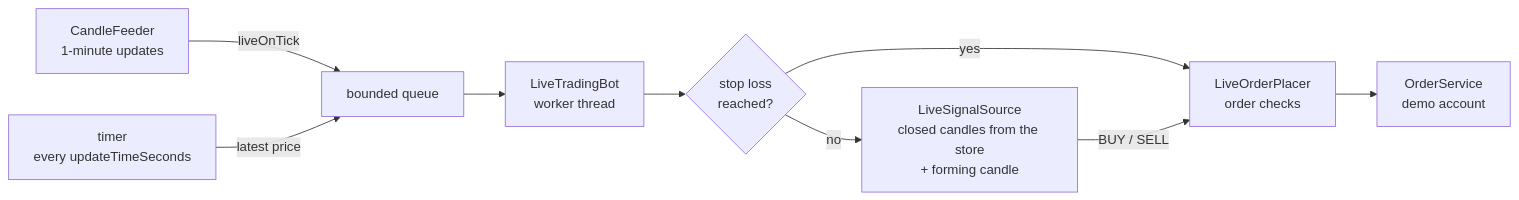
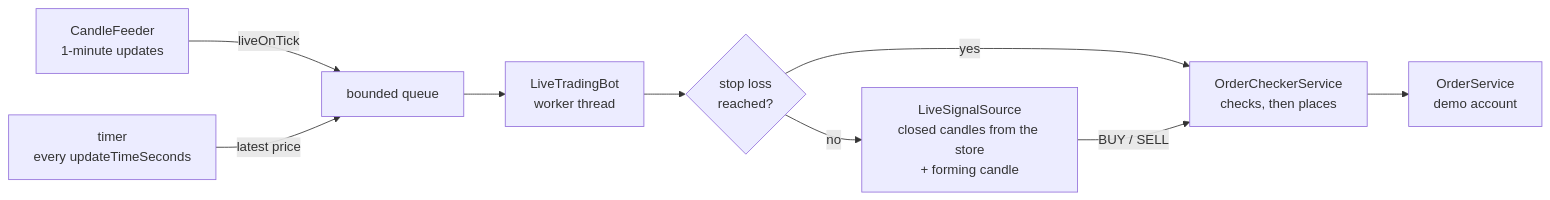
Diagram 28 of 29 in docs/ARCHITECTURE.md (ShadowOfDiablo/t212-coding-task), drawn with Mermaid before and after one commit. The commit also changed 7 other files, not shown here.

First line of the commit message:
Place live orders through OrderCheckerService

````diff
--- a/docs/ARCHITECTURE.md
+++ b/docs/ARCHITECTURE.md
@@ -1269,11 +1269,11 @@
 ```mermaid
 flowchart LR
     Feeder["CandleFeeder<br/>1-minute updates"] -- "liveOnTick" --> Queue["bounded queue"]
     Timer["timer<br/>every updateTimeSeconds"] -- "latest price" --> Queue
     Queue --> Worker["LiveTradingBot<br/>worker thread"]
     Worker --> Stop{"stop loss<br/>reached?"}
-    Stop -- yes --> Placer["LiveOrderPlacer<br/>order checks"]
+    Stop -- yes --> Placer["OrderCheckerService<br/>checks, then places"]
     Stop -- no --> Source["LiveSignalSource<br/>closed candles from the store<br/>+ forming candle"]
     Source -- "BUY / SELL" --> Placer
     Placer --> Orders["OrderService<br/>demo account"]
 ```
````
